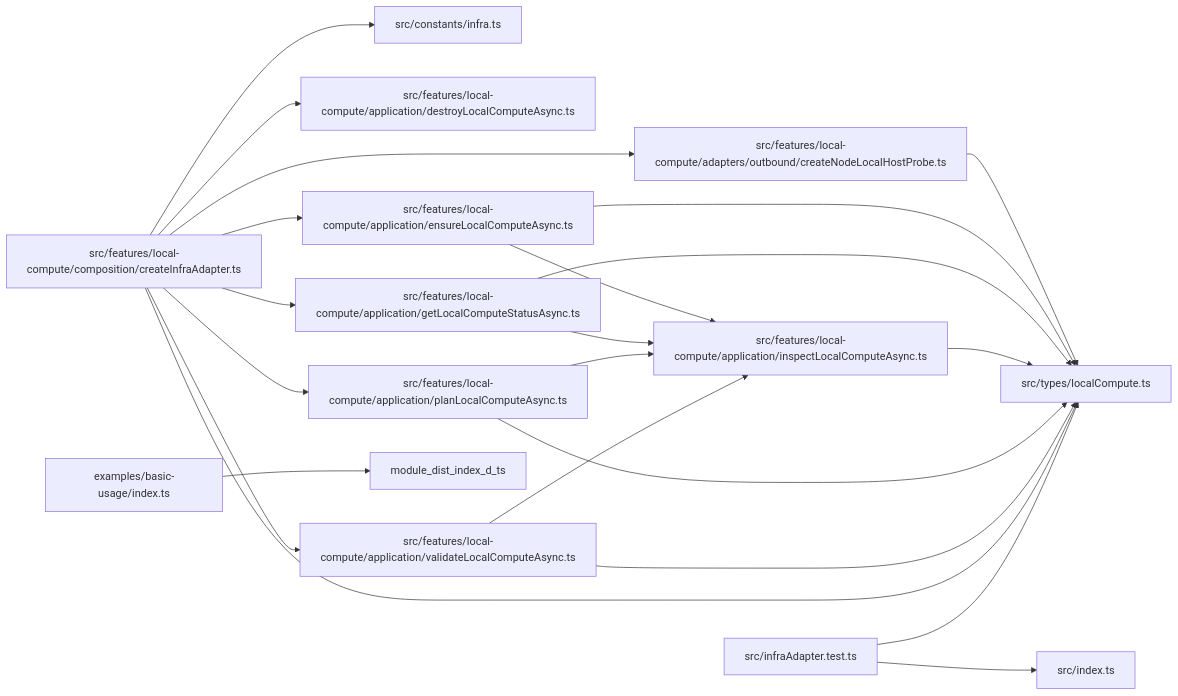
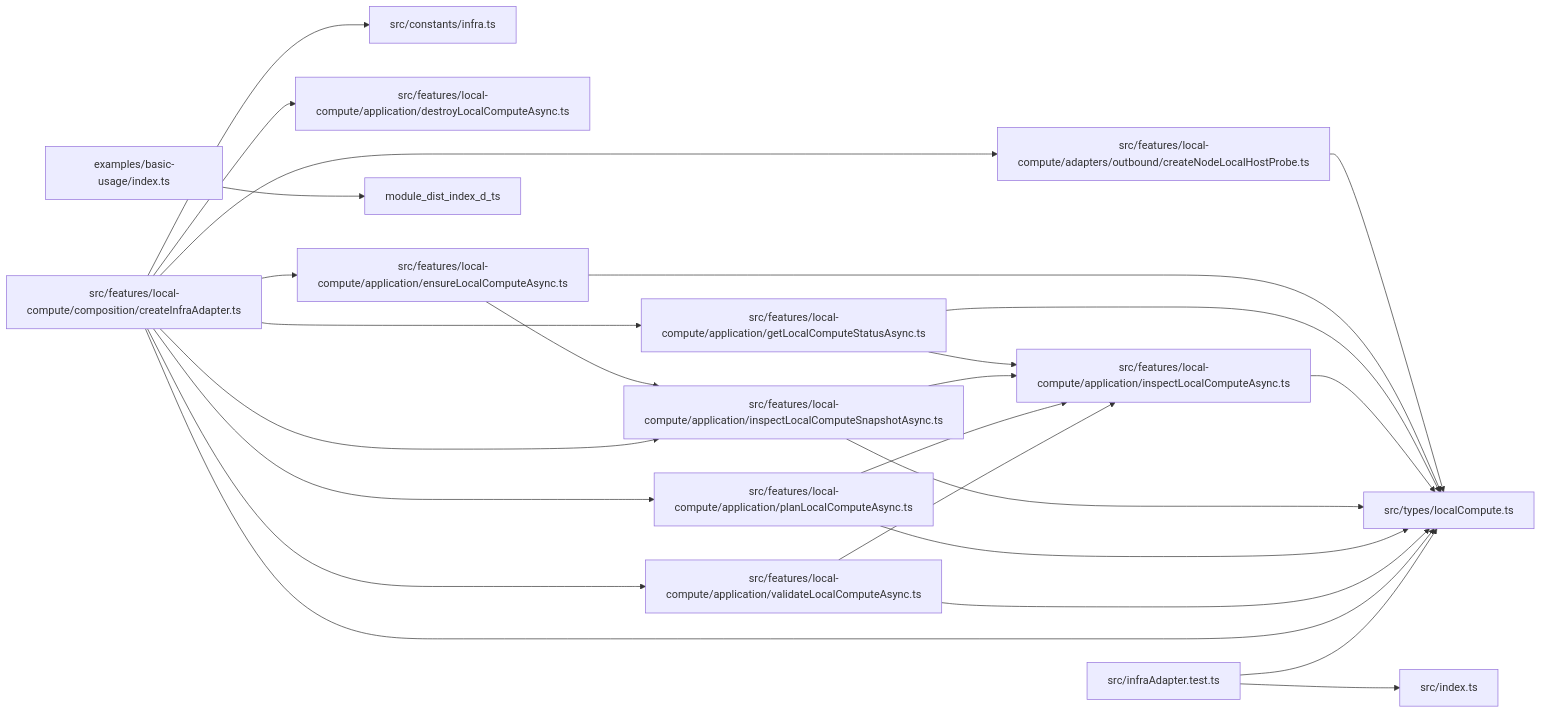
The diagram in paradox/diagrams/module-relationships.mmd (ankhorage/local), drawn with Mermaid before and after one commit. The commit also changed 15 other files, not shown here.

```diff
--- a/paradox/diagrams/module-relationships.mmd
+++ b/paradox/diagrams/module-relationships.mmd
@@ -1,35 +1,39 @@
 graph LR
   module_examples_basic_usage_index_ts["examples/basic-usage/index.ts"]
   module_src_constants_infra_ts["src/constants/infra.ts"]
   module_src_features_local_compute_adapters_outbound_createNodeLocalHostProbe_ts["src/features/local-compute/adapters/outbound/createNodeLocalHostProbe.ts"]
   module_src_features_local_compute_application_destroyLocalComputeAsync_ts["src/features/local-compute/application/destroyLocalComputeAsync.ts"]
   module_src_features_local_compute_application_ensureLocalComputeAsync_ts["src/features/local-compute/application/ensureLocalComputeAsync.ts"]
   module_src_features_local_compute_application_getLocalComputeStatusAsync_ts["src/features/local-compute/application/getLocalComputeStatusAsync.ts"]
   module_src_features_local_compute_application_inspectLocalComputeAsync_ts["src/features/local-compute/application/inspectLocalComputeAsync.ts"]
+  module_src_features_local_compute_application_inspectLocalComputeSnapshotAsync_ts["src/features/local-compute/application/inspectLocalComputeSnapshotAsync.ts"]
   module_src_features_local_compute_application_planLocalComputeAsync_ts["src/features/local-compute/application/planLocalComputeAsync.ts"]
   module_src_features_local_compute_application_validateLocalComputeAsync_ts["src/features/local-compute/application/validateLocalComputeAsync.ts"]
   module_src_features_local_compute_composition_createInfraAdapter_ts["src/features/local-compute/composition/createInfraAdapter.ts"]
   module_src_index_ts["src/index.ts"]
   module_src_infraAdapter_test_ts["src/infraAdapter.test.ts"]
   module_src_types_localCompute_ts["src/types/localCompute.ts"]
   module_examples_basic_usage_index_ts --> module_dist_index_d_ts
   module_src_features_local_compute_adapters_outbound_createNodeLocalHostProbe_ts --> module_src_types_localCompute_ts
-  module_src_features_local_compute_application_ensureLocalComputeAsync_ts --> module_src_features_local_compute_application_inspectLocalComputeAsync_ts
+  module_src_features_local_compute_application_ensureLocalComputeAsync_ts --> module_src_features_local_compute_application_inspectLocalComputeSnapshotAsync_ts
   module_src_features_local_compute_application_ensureLocalComputeAsync_ts --> module_src_types_localCompute_ts
   module_src_features_local_compute_application_getLocalComputeStatusAsync_ts --> module_src_features_local_compute_application_inspectLocalComputeAsync_ts
   module_src_features_local_compute_application_getLocalComputeStatusAsync_ts --> module_src_types_localCompute_ts
   module_src_features_local_compute_application_inspectLocalComputeAsync_ts --> module_src_types_localCompute_ts
+  module_src_features_local_compute_application_inspectLocalComputeSnapshotAsync_ts --> module_src_features_local_compute_application_inspectLocalComputeAsync_ts
+  module_src_features_local_compute_application_inspectLocalComputeSnapshotAsync_ts --> module_src_types_localCompute_ts
   module_src_features_local_compute_application_planLocalComputeAsync_ts --> module_src_features_local_compute_application_inspectLocalComputeAsync_ts
   module_src_features_local_compute_application_planLocalComputeAsync_ts --> module_src_types_localCompute_ts
   module_src_features_local_compute_application_validateLocalComputeAsync_ts --> module_src_features_local_compute_application_inspectLocalComputeAsync_ts
   module_src_features_local_compute_application_validateLocalComputeAsync_ts --> module_src_types_localCompute_ts
   module_src_features_local_compute_composition_createInfraAdapter_ts --> module_src_constants_infra_ts
   module_src_features_local_compute_composition_createInfraAdapter_ts --> module_src_features_local_compute_adapters_outbound_createNodeLocalHostProbe_ts
   module_src_features_local_compute_composition_createInfraAdapter_ts --> module_src_features_local_compute_application_destroyLocalComputeAsync_ts
   module_src_features_local_compute_composition_createInfraAdapter_ts --> module_src_features_local_compute_application_ensureLocalComputeAsync_ts
   module_src_features_local_compute_composition_createInfraAdapter_ts --> module_src_features_local_compute_application_getLocalComputeStatusAsync_ts
+  module_src_features_local_compute_composition_createInfraAdapter_ts --> module_src_features_local_compute_application_inspectLocalComputeSnapshotAsync_ts
   module_src_features_local_compute_composition_createInfraAdapter_ts --> module_src_features_local_compute_application_planLocalComputeAsync_ts
   module_src_features_local_compute_composition_createInfraAdapter_ts --> module_src_features_local_compute_application_validateLocalComputeAsync_ts
   module_src_features_local_compute_composition_createInfraAdapter_ts --> module_src_types_localCompute_ts
   module_src_infraAdapter_test_ts --> module_src_index_ts
   module_src_infraAdapter_test_ts --> module_src_types_localCompute_ts
```
